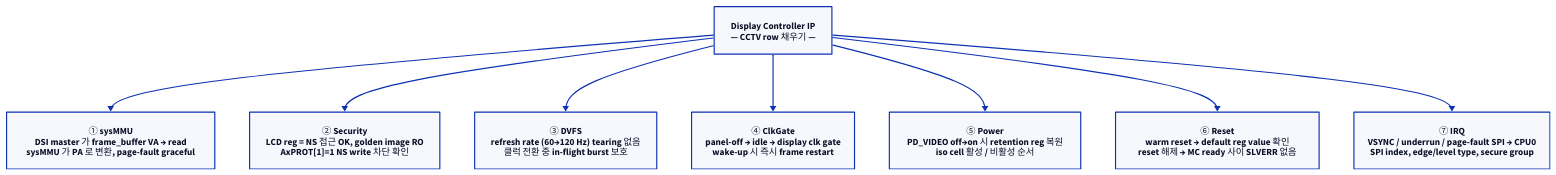
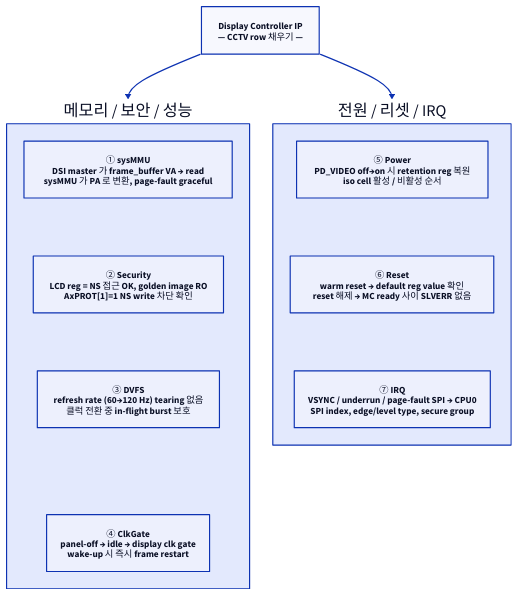
One commit to humbleowl39/DV_SKOOL changed the diagram in topics/soc_integration_cctv/docs/02_common_task_cctv.md. Above: the diagram before and after it, drawn with D2. The commit also changed 90 other files, not shown here.

First line of the commit message:
docs: 전 토픽 다이어그램 정비 — ASCII→D2, mermaid→D2, 과대 D2 가시성 수정

````diff
--- a/topics/soc_integration_cctv/docs/02_common_task_cctv.md
+++ b/topics/soc_integration_cctv/docs/02_common_task_cctv.md
@@ -107,19 +107,28 @@
 ```d2
 direction: down
 
 DISP: "Display Controller IP\n— CCTV row 채우기 —"
-T1: "① sysMMU\nDSI master 가 frame_buffer VA → read\nsysMMU 가 PA 로 변환, page-fault graceful"
-T2: "② Security\nLCD reg = NS 접근 OK, golden image RO\nAxPROT[1]=1 NS write 차단 확인"
-T3: "③ DVFS\nrefresh rate (60→120 Hz) tearing 없음\n클럭 전환 중 in-flight burst 보호"
-T4: "④ ClkGate\npanel-off → idle → display clk gate\nwake-up 시 즉시 frame restart"
-T5: "⑤ Power\nPD_VIDEO off→on 시 retention reg 복원\niso cell 활성 / 비활성 순서"
-T6: "⑥ Reset\nwarm reset → default reg value 확인\nreset 해제 → MC ready 사이 SLVERR 없음"
-T7: "⑦ IRQ\nVSYNC / underrun / page-fault SPI → CPU0\nSPI index, edge/level type, secure group"
-DISP -> T1
-DISP -> T2
-DISP -> T3
-DISP -> T4
-DISP -> T5
-DISP -> T6
-DISP -> T7
+
+GRP_A: "메모리 / 보안 / 성능" {
+  direction: down
+  T1: "① sysMMU\nDSI master 가 frame_buffer VA → read\nsysMMU 가 PA 로 변환, page-fault graceful"
+  T2: "② Security\nLCD reg = NS 접근 OK, golden image RO\nAxPROT[1]=1 NS write 차단 확인"
+  T3: "③ DVFS\nrefresh rate (60→120 Hz) tearing 없음\n클럭 전환 중 in-flight burst 보호"
+  T4: "④ ClkGate\npanel-off → idle → display clk gate\nwake-up 시 즉시 frame restart"
+  T1 -> T2: { style.opacity: 0.0 }
+  T2 -> T3: { style.opacity: 0.0 }
+  T3 -> T4: { style.opacity: 0.0 }
+}
+
+GRP_B: "전원 / 리셋 / IRQ" {
+  direction: down
+  T5: "⑤ Power\nPD_VIDEO off→on 시 retention reg 복원\niso cell 활성 / 비활성 순서"
+  T6: "⑥ Reset\nwarm reset → default reg value 확인\nreset 해제 → MC ready 사이 SLVERR 없음"
+  T7: "⑦ IRQ\nVSYNC / underrun / page-fault SPI → CPU0\nSPI index, edge/level type, secure group"
+  T5 -> T6: { style.opacity: 0.0 }
+  T6 -> T7: { style.opacity: 0.0 }
+}
+
+DISP -> GRP_A
+DISP -> GRP_B
 ```
````
